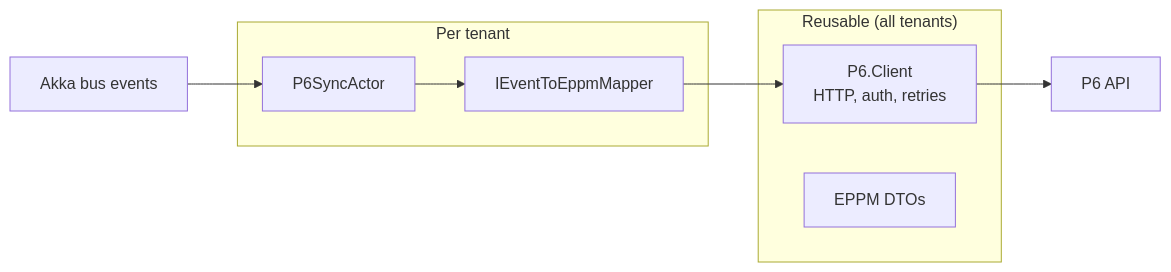
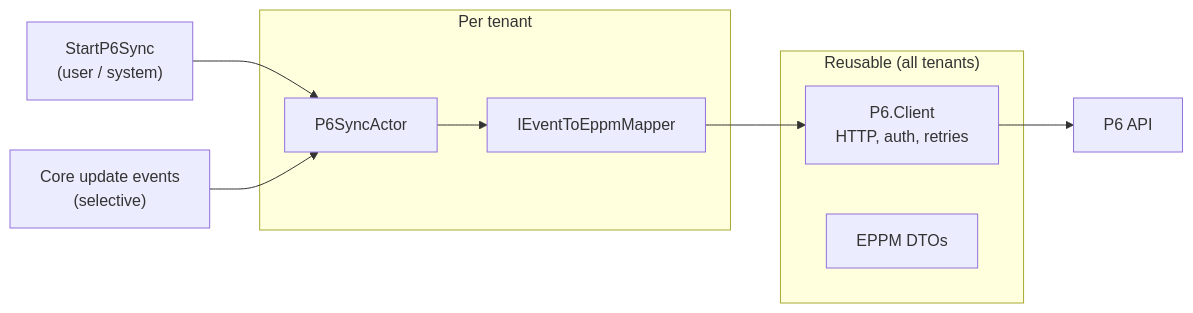
One commit to robbertF2P/Sandbox changed the fourth of 4 diagrams in docs/floor2plan-akka-actor-integration-design.md. Above: the diagram before and after it, drawn with Mermaid. The commit also changed other lines of this file, not shown here.

````diff
--- a/docs/floor2plan-akka-actor-integration-design.md
+++ b/docs/floor2plan-akka-actor-integration-design.md
@@ -162,15 +164,16 @@
 ```mermaid
 flowchart LR
   subgraph shared["Reusable (all tenants)"]
     CLIENT["P6.Client\nHTTP, auth, retries"]
     DTO["EPPM DTOs"]
   end
 
   subgraph tenant["Per tenant"]
     MAP["IEventToEppmMapper"]
     ACTOR["P6SyncActor"]
   end
 
-  BUS["Akka bus events"] --> ACTOR
+  START["StartP6Sync\n(user / system)"] --> ACTOR
+  BUS["Core update events\n(selective)"] --> ACTOR
   ACTOR --> MAP --> CLIENT --> P6API["P6 API"]
 ```
````
